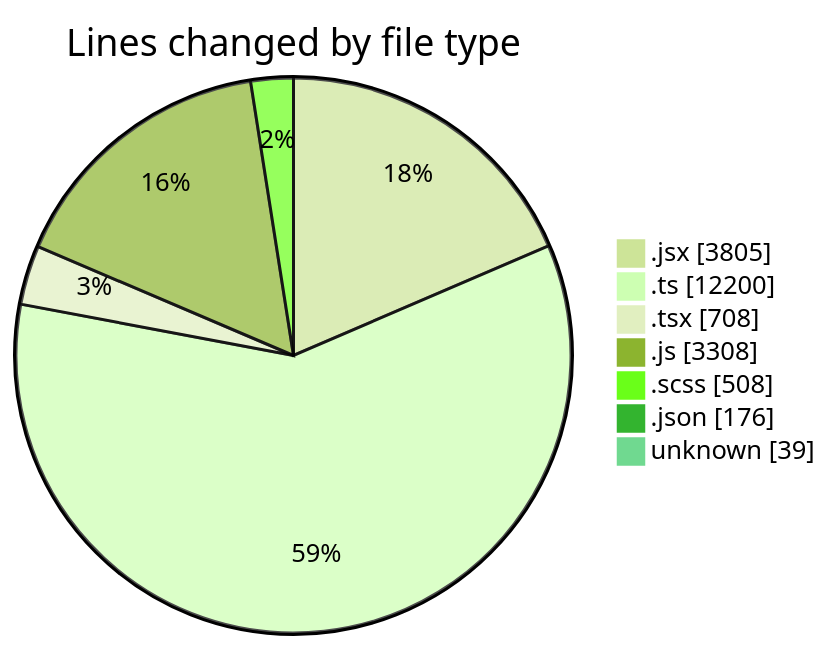
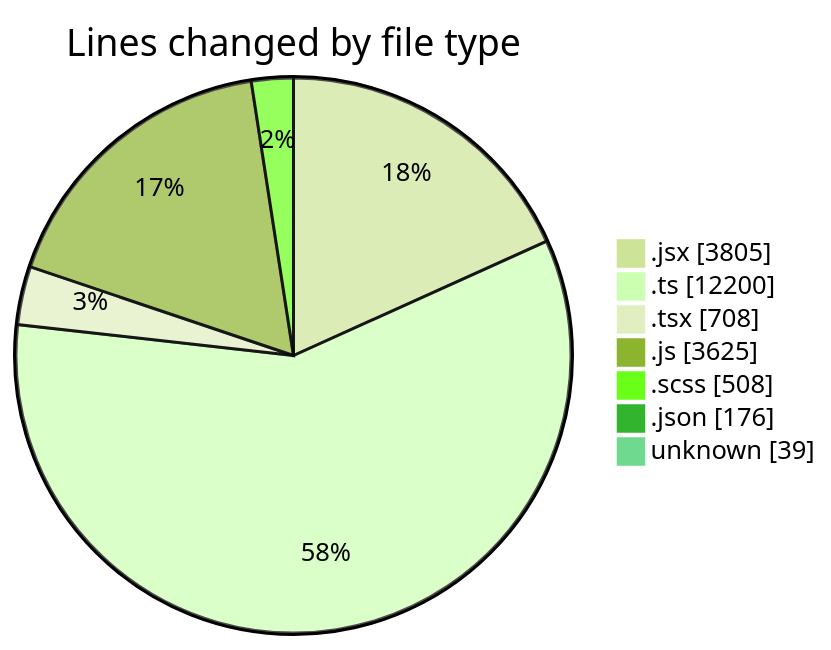
One commit to momahboobian/code-tracking changed the first of 2 diagrams in 2025-06-05/cda/README.md. Above: the diagram before and after it, drawn with Mermaid (forest theme). The commit also changed other lines of this file and 1 other file, not shown here.

````diff
--- a/2025-06-05/cda/README.md
+++ b/2025-06-05/cda/README.md
@@ -60,11 +60,11 @@
 ```mermaid
 pie showData
 title Lines changed by file type
 ".jsx" : 3805
 ".ts" : 12200
 ".tsx" : 708
-".js" : 3308
+".js" : 3625
 ".scss" : 508
 ".json" : 176
 "unknown" : 39
 ```
````
